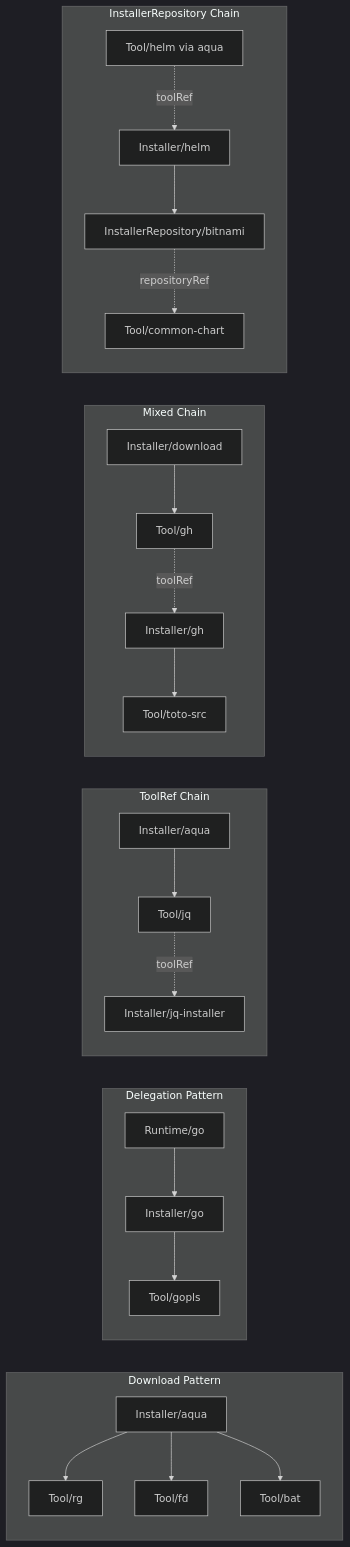
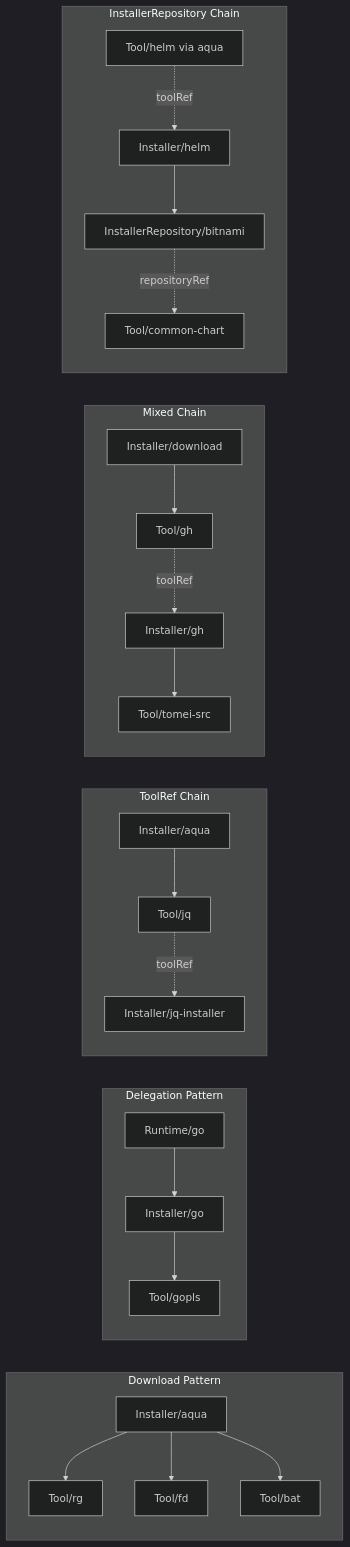
The second of 2 diagrams in e2e/scenario.md (terassyi/tomei), drawn with Mermaid (dark theme) before and after one commit. The commit also changed other lines of this file and 135 other files, not shown here.

First line of the commit message:
rename: toto -> tomei (#27)

````diff
--- a/e2e/scenario.md
+++ b/e2e/scenario.md
@@ -104,31 +104,31 @@
 ```mermaid
 graph LR
     subgraph P1["Download Pattern"]
         I1[Installer/aqua] --> T1[Tool/rg]
         I1 --> T2[Tool/fd]
         I1 --> T3[Tool/bat]
     end
 
     subgraph P2["Delegation Pattern"]
         R1[Runtime/go] --> I2[Installer/go]
         I2 --> T4[Tool/gopls]
     end
 
     subgraph P3["ToolRef Chain"]
         I3[Installer/aqua] --> T5[Tool/jq]
         T5 -.->|toolRef| I4[Installer/jq-installer]
     end
 
     subgraph P4["Mixed Chain"]
         I5[Installer/download] --> T6[Tool/gh]
         T6 -.->|toolRef| I6[Installer/gh]
-        I6 --> T7[Tool/toto-src]
+        I6 --> T7[Tool/tomei-src]
     end
 
     subgraph P5["InstallerRepository Chain"]
         T8[Tool/helm via aqua]
         T8 -.->|toolRef| I8[Installer/helm]
         I8 --> IR1[InstallerRepository/bitnami]
         IR1 -.->|repositoryRef| T9[Tool/common-chart]
     end
 ```
````
